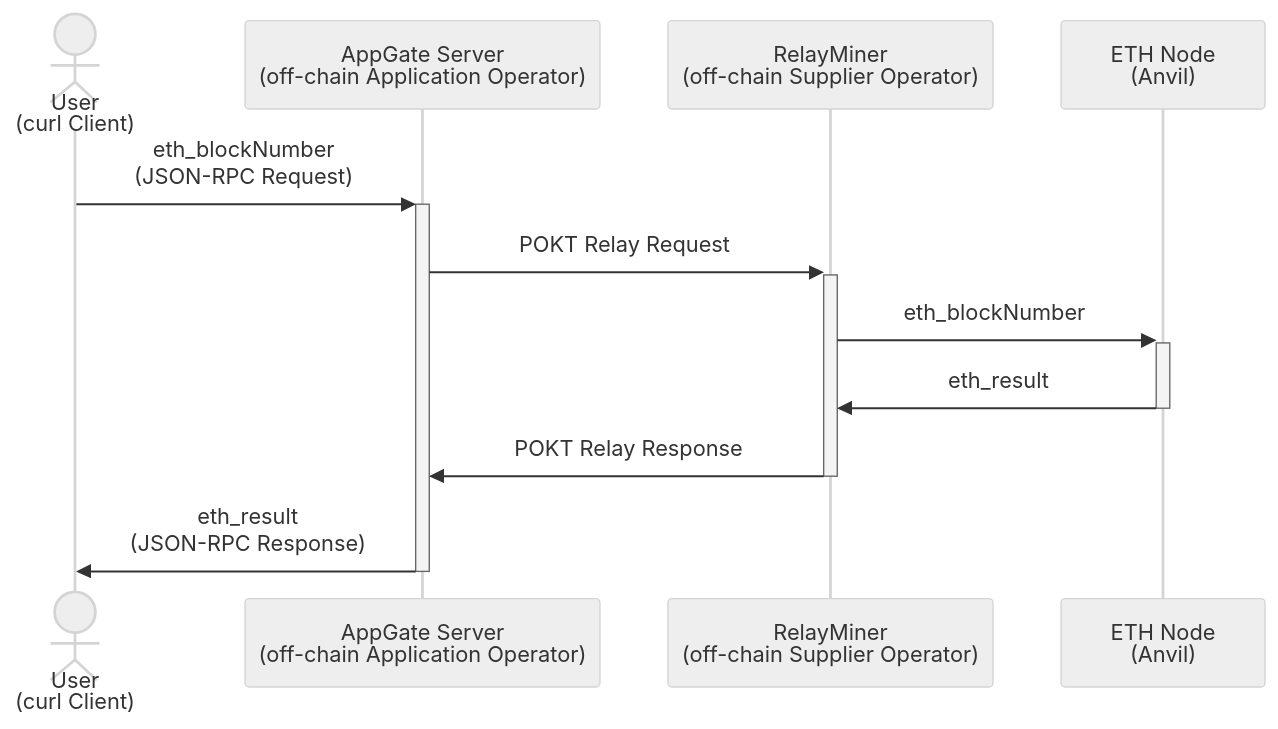
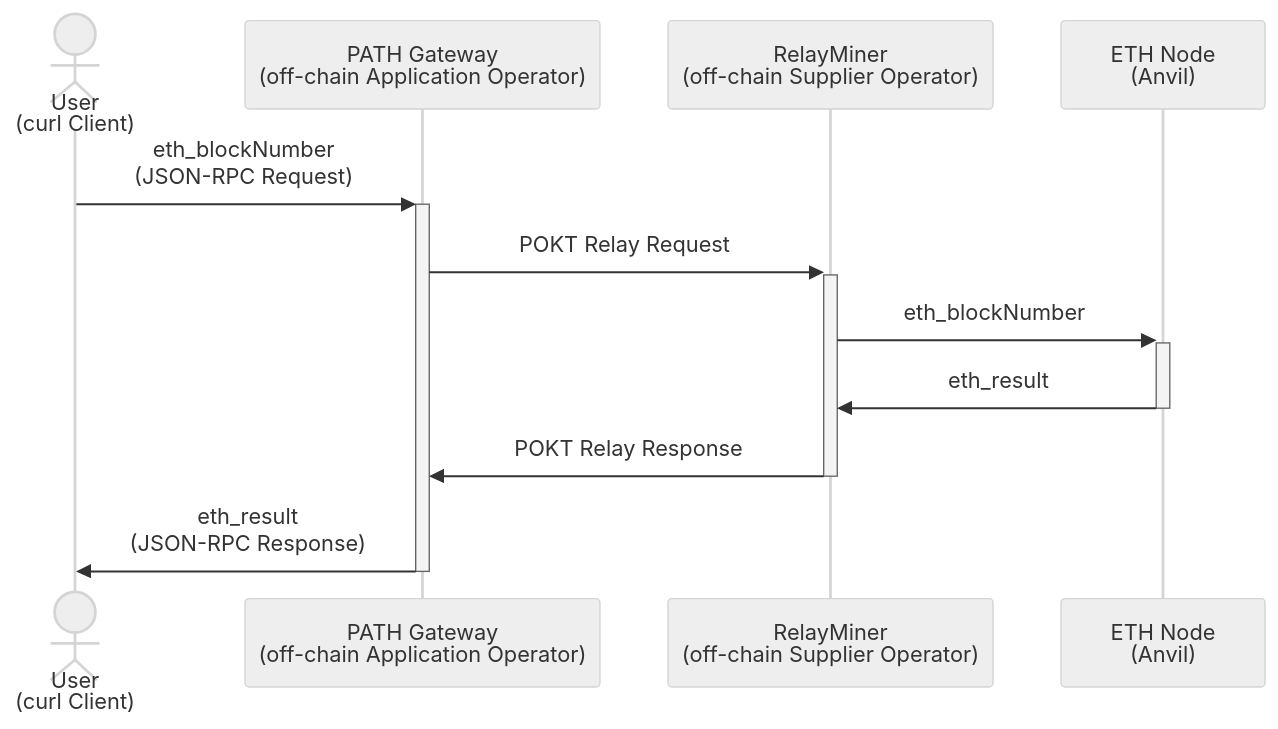
Before and after one commit to pokt-network/poktroll: the first of 2 diagrams in docusaurus/docs/develop/developer_guide/quickstart.md, drawn with Mermaid (neutral theme). The commit also changed other lines of this file and 17 other files, not shown here.

````diff
--- a/docusaurus/docs/develop/developer_guide/quickstart.md
+++ b/docusaurus/docs/develop/developer_guide/quickstart.md
@@ -608,15 +574,15 @@
 ```mermaid
 sequenceDiagram
   actor U as User <br> (curl Client)
 
-  participant AG as AppGate Server <br> (off-chain Application Operator)
+  participant PG as PATH Gateway<br> (off-chain Application Operator)
   participant RM as RelayMiner <br> (off-chain Supplier Operator)
   participant anvil as ETH Node <br> (Anvil)
 
-  U ->> +AG: eth_blockNumber <br> (JSON-RPC Request)
-  AG ->> +RM: POKT Relay Request
+  U ->> +PG: eth_blockNumber <br> (JSON-RPC Request)
+  PG ->> +RM: POKT Relay Request
   RM ->> +anvil: eth_blockNumber
   anvil ->> -RM: eth_result
-  RM ->> -AG: POKT  Relay Response
-  AG ->> -U: eth_result  <br> (JSON-RPC Response)
+  RM ->> -PG: POKT  Relay Response
+  PG ->> -U: eth_result  <br> (JSON-RPC Response)
 ```
````
